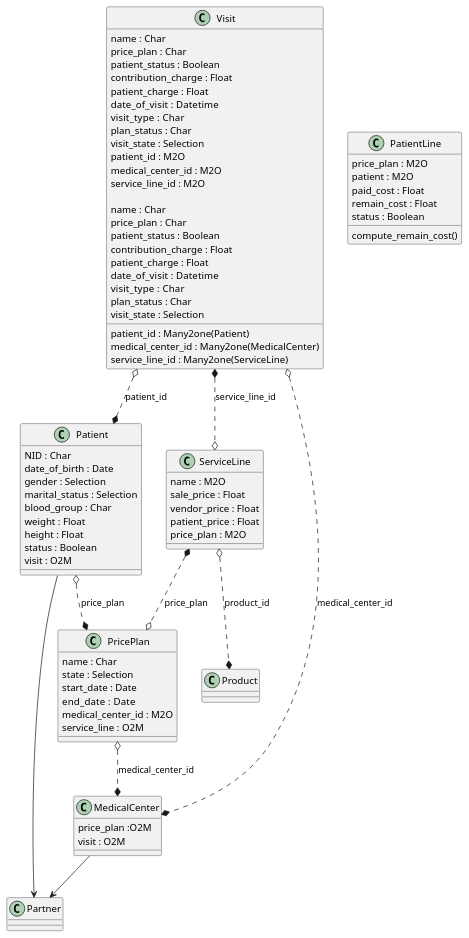
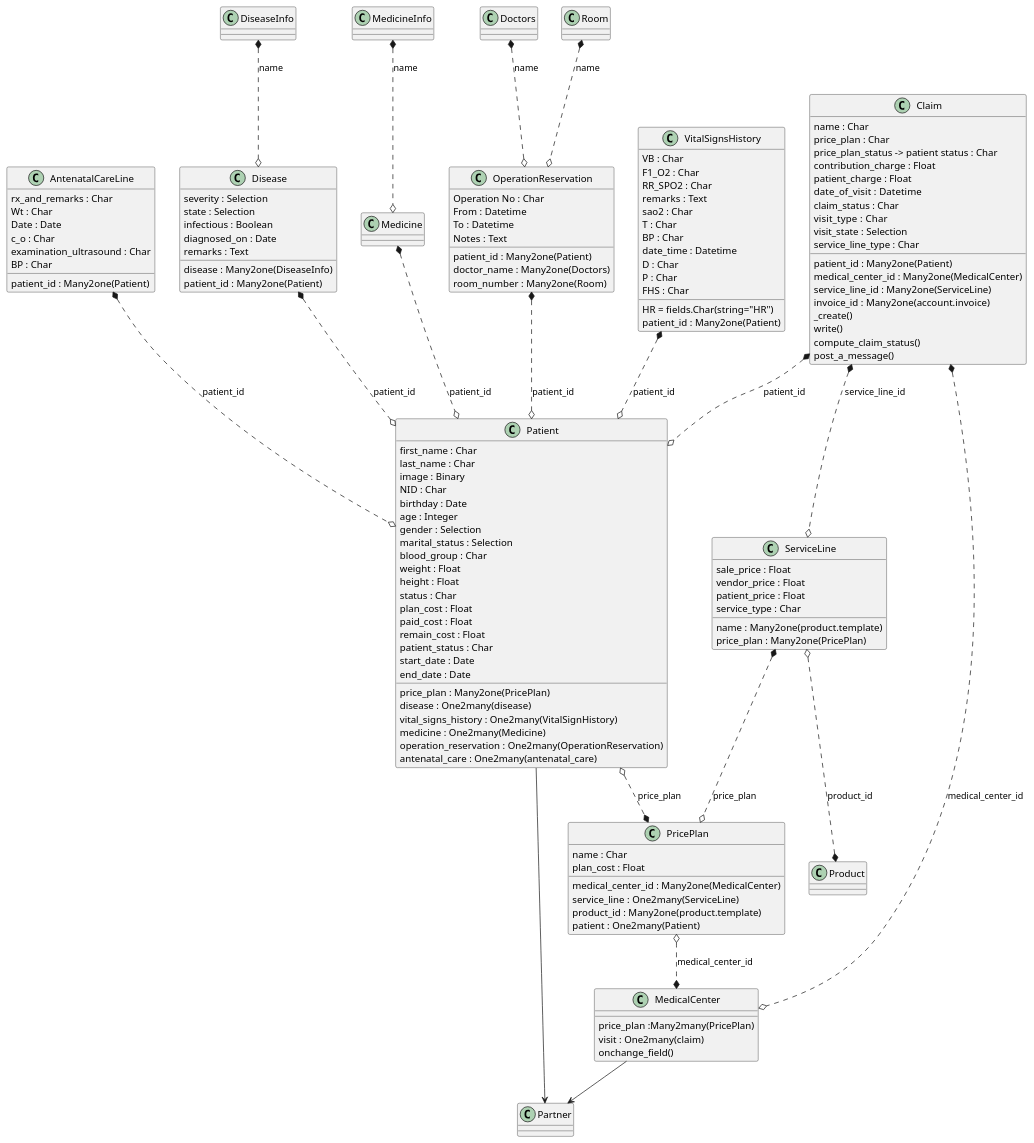
Before and after one commit to kholioeg/oeh_claim_management: the diagram in medical_insurance/claims_classes.puml, drawn with PlantUML. The commit also changed 1 other file, not shown here.

Commit message:
Modify in UML file

```diff
--- a/medical_insurance/claims_classes.puml
+++ b/medical_insurance/claims_classes.puml
@@ -1,99 +1,168 @@
 @startuml
 
-Visit o..* Patient : patient_id
-Visit o..* MedicalCenter : medical_center_id
-Visit *..o ServiceLine : service_line_id
+Claim *..o Patient : patient_id
+Claim *..o MedicalCenter : medical_center_id
+Claim *..o ServiceLine : service_line_id
 
 ServiceLine *..o PricePlan : price_plan
 ServiceLine o..* Product : product_id
 
 
 PricePlan o..* MedicalCenter : medical_center_id
 
 Patient o..* PricePlan : price_plan
 
+AntenatalCareLine *..o Patient : patient_id
+Disease *..o Patient : patient_id
+Medicine *..o Patient : patient_id
+OperationReservation *..o Patient : patient_id
+VitalSignsHistory *..o Patient : patient_id
+
+DiseaseInfo *..o Disease : name
+MedicineInfo *..o Medicine : name
+Doctors *..o OperationReservation : name
+Room *..o OperationReservation : name
+
 MedicalCenter --> Partner
 Patient --> Partner
+
+
+
+class Room{
+}
+class Doctors{
+}
+class MedicineInfo{
+}
+class DiseaseInfo{
+}
+class OperationReservation{
+    Operation No : Char
+    From : Datetime
+    To : Datetime
+    Notes : Text
+    patient_id : Many2one(Patient)
+    doctor_name : Many2one(Doctors)
+    room_number : Many2one(Room)
+}
+
+
+class VitalSignsHistory{
+    VB : Char
+    F1_O2 : Char
+    RR_SPO2 : Char
+    remarks : Text
+    sao2 : Char
+    T : Char
+    BP : Char
+    HR = fields.Char(string="HR")
+    date_time : Datetime
+    D : Char
+    P : Char
+    FHS : Char
+    patient_id : Many2one(Patient)
+}
+class Disease{
+    severity : Selection
+    state : Selection
+    infectious : Boolean
+    diagnosed_on : Date
+    remarks : Text
+    disease : Many2one(DiseaseInfo)
+    patient_id : Many2one(Patient)
+}
+
+class AntenatalCareLine{
+    rx_and_remarks : Char
+    Wt : Char
+    Date : Date
+    c_o : Char
+    examination_ultrasound : Char
+    BP : Char
+    patient_id : Many2one(Patient)
+}
 
 Class Partner
 
 Class MedicalCenter{
-    price_plan :O2M
-    visit : O2M
+    price_plan :Many2many(PricePlan)
+    visit : One2many(claim)
+    onchange_field()
 }
 
 Class ServiceLine
 {
-    name : M2O
     sale_price : Float
     vendor_price : Float
     patient_price : Float
-    price_plan : M2O
+    service_type : Char
+    name : Many2one(product.template)
+    price_plan : Many2one(PricePlan)
 }
 
 
-Class Visit{
 
-    name : Char
-    price_plan : Char
-    patient_status : Boolean
-    contribution_charge : Float
-    patient_charge : Float
-    date_of_visit :  Datetime
-    visit_type :  Char
-    plan_status : Char
-    visit_state : Selection
-    patient_id : M2O
-    medical_center_id : M2O
-    service_line_id : M2O
-}
 
 Class PricePlan{
     name : Char
-    state : Selection
-    start_date : Date
-    end_date :  Date
-    medical_center_id : M2O
-    service_line : O2M
+    plan_cost : Float
+    medical_center_id : Many2one(MedicalCenter)
+    service_line : One2many(ServiceLine)
+    product_id : Many2one(product.template)
+    patient : One2many(Patient)
 }
 
 Class Patient{
+    first_name : Char
+    last_name : Char
+    image : Binary
     NID : Char
-    date_of_birth : Date
+    birthday : Date
+    age : Integer
     gender : Selection
     marital_status : Selection
     blood_group : Char
     weight : Float
     height : Float
-    status : Boolean
-    visit : O2M
+    status : Char
+    plan_cost : Float
+    paid_cost : Float
+    remain_cost : Float
+    patient_status : Char
+    start_date : Date
+    end_date : Date
+
+    price_plan : Many2one(PricePlan)
+    disease : One2many(disease)
+    vital_signs_history : One2many(VitalSignHistory)
+    medicine : One2many(Medicine)
+    operation_reservation : One2many(OperationReservation)
+    antenatal_care : One2many(antenatal_care)
 
 }
 
-Class PatientLine{
-    price_plan : M2O
-    patient : M2O
-    paid_cost : Float
-    remain_cost : Float
-    status : Boolean
-    compute_remain_cost()
-}
 
 
-Class Visit{
 
+Class Claim{
     name : Char
     price_plan : Char
-    patient_status : Boolean
+    price_plan_status -> patient status : Char
     contribution_charge : Float
     patient_charge : Float
     date_of_visit :  Datetime
+    claim_status : Char
     visit_type :  Char
-    plan_status : Char
     visit_state : Selection
+    service_line_type : Char
     patient_id : Many2one(Patient)
     medical_center_id : Many2one(MedicalCenter)
     service_line_id : Many2one(ServiceLine)
+    invoice_id : Many2one(account.invoice)
+    _create()
+    write()
+    compute_claim_status()
+    post_a_message()
 }
 
 @enduml
```
